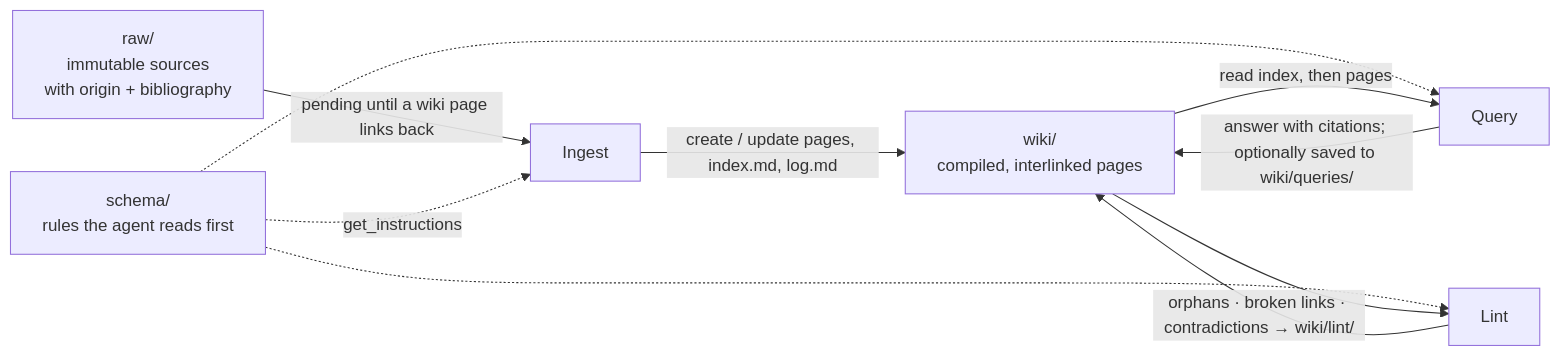
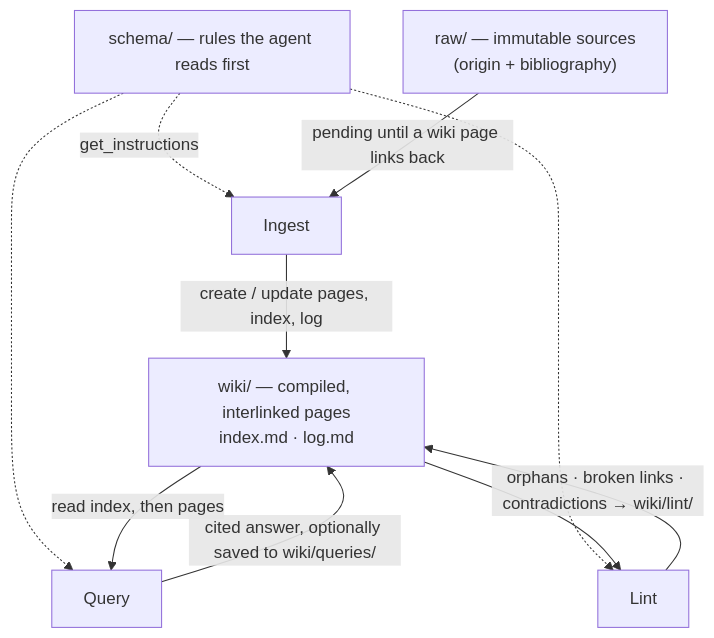
Before and after one commit to wikibrain-app/wikibrain: the second of 2 diagrams in README.md, drawn with Mermaid.

Commit message:
README: vertical knowledge-flow diagram

````diff
--- a/README.md
+++ b/README.md
@@ -70,12 +70,18 @@
 ```mermaid
-flowchart LR
-  RAW["raw/<br/>immutable sources<br/>with origin + bibliography"] -->|"pending until a wiki page links back"| ING["Ingest"]
-  SCH["schema/<br/>rules the agent reads first"] -.->|get_instructions| ING
-  SCH -.-> QRY["Query"]
-  SCH -.-> LNT["Lint"]
-  ING -->|"create / update pages, index.md, log.md"| WIKI["wiki/<br/>compiled, interlinked pages"]
-  WIKI -->|"read index, then pages"| QRY
-  QRY -->|"answer with citations; optionally saved to wiki/queries/"| WIKI
+flowchart TB
+  SCH["schema/ — rules the agent reads first"]
+  RAW["raw/ — immutable sources<br/>(origin + bibliography)"]
+  WIKI["wiki/ — compiled, interlinked pages<br/>index.md · log.md"]
+  ING["Ingest"]
+  QRY["Query"]
+  LNT["Lint"]
+  SCH -. get_instructions .-> ING
+  SCH -.-> QRY
+  SCH -.-> LNT
+  RAW -- "pending until a wiki page links back" --> ING
+  ING -- "create / update pages, index, log" --> WIKI
+  WIKI -- "read index, then pages" --> QRY
+  QRY -- "cited answer, optionally saved to wiki/queries/" --> WIKI
   WIKI --> LNT
-  LNT -->|"orphans · broken links · contradictions → wiki/lint/"| WIKI
+  LNT -- "orphans · broken links · contradictions → wiki/lint/" --> WIKI
 ```
````
